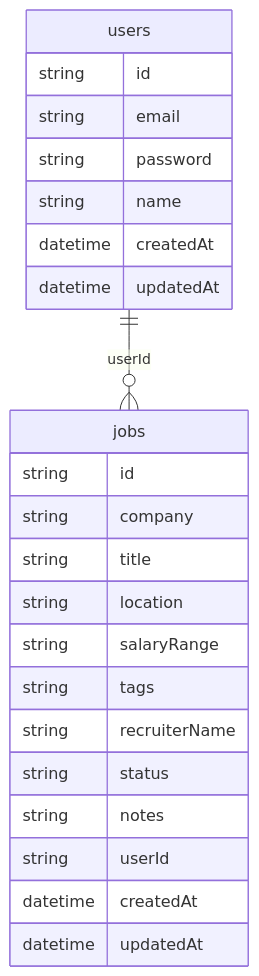
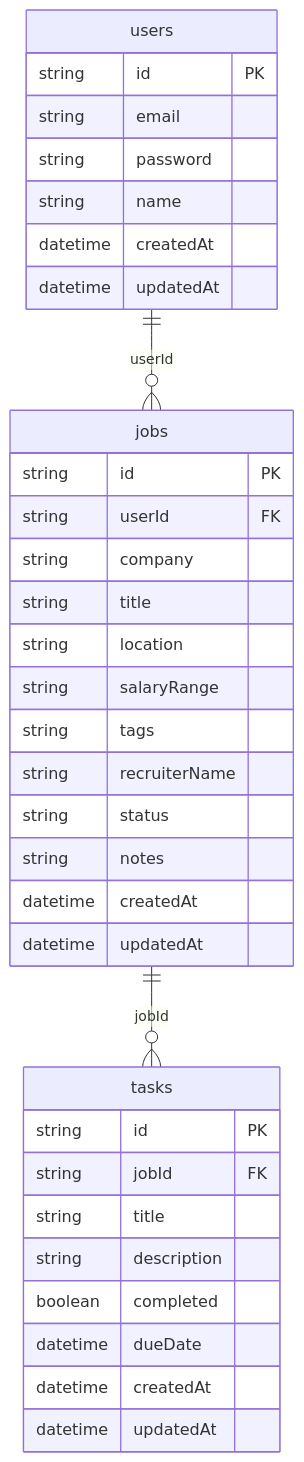
The diagram in README.md (Icerock10/dev-dash), drawn with Mermaid before and after one commit. The commit also changed 3 other files, not shown here.

````diff
--- a/README.md
+++ b/README.md
@@ -35,27 +35,37 @@
 ```mermaid
 erDiagram
-    users ||--o{ jobs : userId
-
+    users ||--o{ jobs : "userId"
+    jobs ||--o{ tasks : "jobId"
     users {
-        string id
+        string id PK
         string email
         string password
         string name
         datetime createdAt
         datetime updatedAt
     }
     jobs {
-        string id
+        string id PK
+        string userId FK
         string company
         string title
         string location
         string salaryRange
         string tags
         string recruiterName
         string status
         string notes
-        string userId
+        datetime createdAt
+        datetime updatedAt
+    }
+    tasks {
+        string id PK
+        string jobId FK
+        string title
+        string description
+        boolean completed
+        datetime dueDate
         datetime createdAt
         datetime updatedAt
     }
 ```
````
